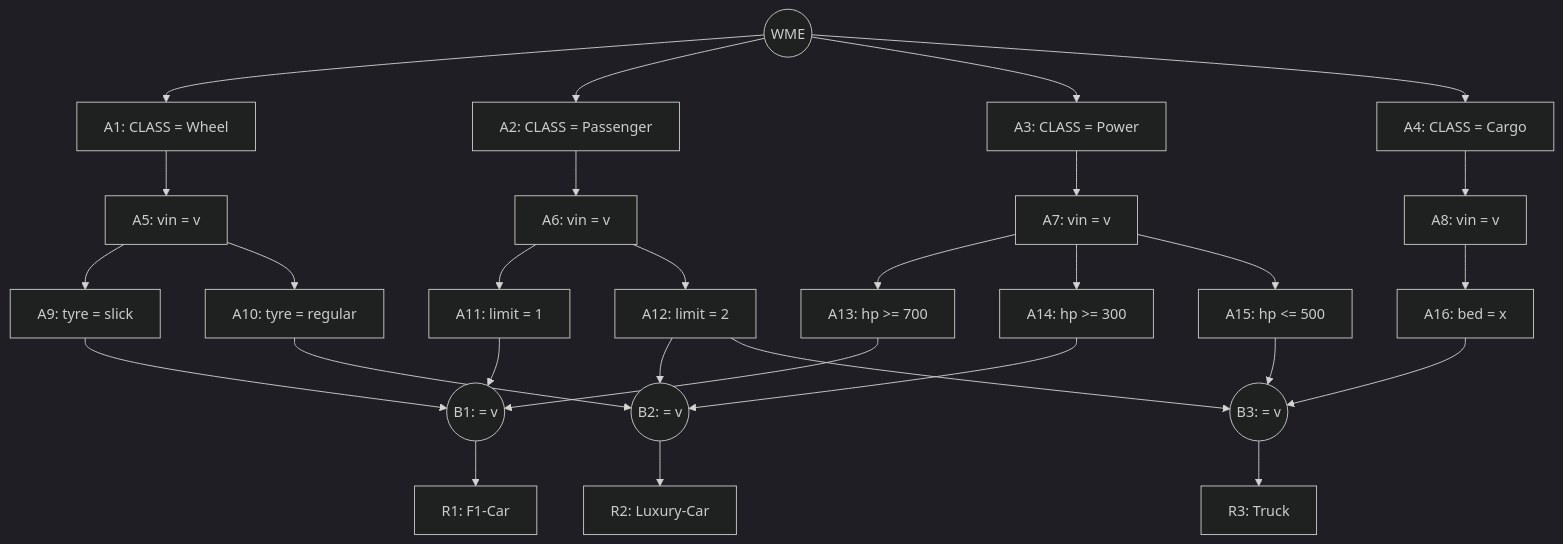
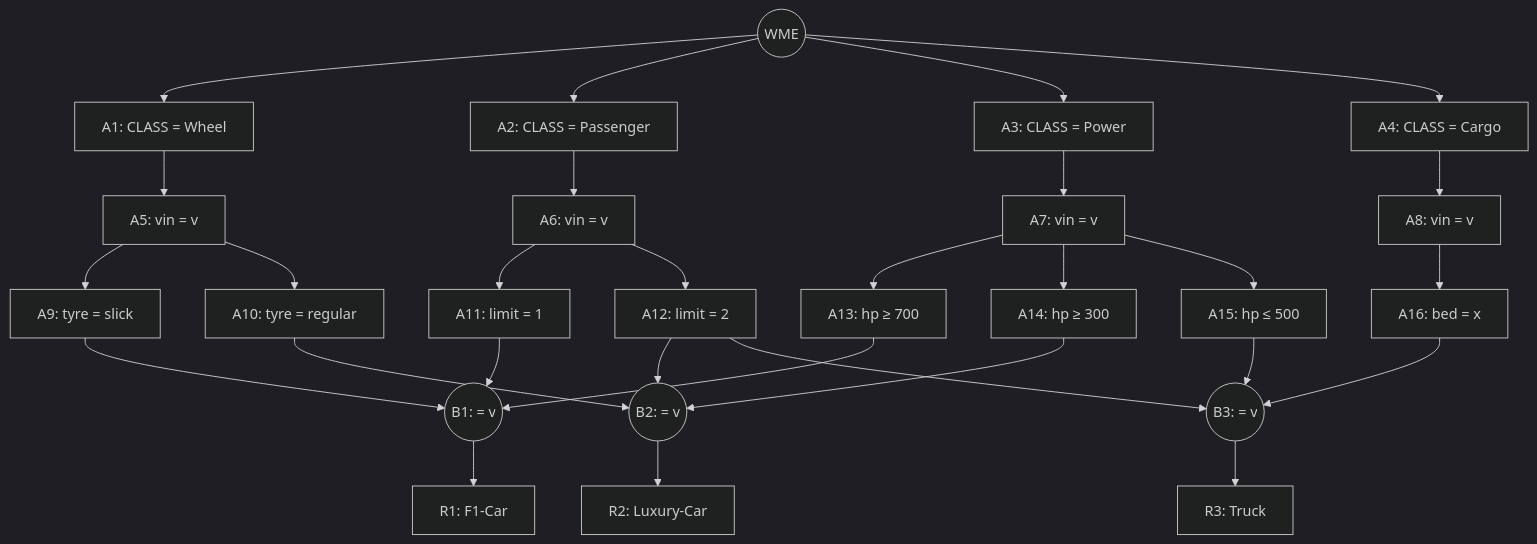
The diagram in src/content/papers/25t3-an/05-rete.mdx (vbordia/aifu), drawn with Mermaid (dark theme) before and after one commit. The commit also changed other lines of this file and 146 other files, not shown here.

````diff
--- a/src/content/papers/25t3-an/05-rete.mdx
+++ b/src/content/papers/25t3-an/05-rete.mdx
@@ -42,32 +42,32 @@
 ```mermaid
 %% wide
 graph TD
     WME(("WME")) --> A1["A1: CLASS = Wheel"]
     WME --> A2["A2: CLASS = Passenger"]
     WME --> A3["A3: CLASS = Power"]
     WME --> A4["A4: CLASS = Cargo"]
     A1 --> A5["A5: vin = v"]
     A2 --> A6["A6: vin = v"]
     A3 --> A7["A7: vin = v"]
     A4 --> A8["A8: vin = v"]
     A5 --> A9["A9: tyre = slick"]
     A5 --> A10["A10: tyre = regular"]
     A6 --> A11["A11: limit = 1"]
     A6 --> A12["A12: limit = 2"]
-    A7 --> A13["A13: hp >= 700"]
-    A7 --> A14["A14: hp >= 300"]
-    A7 --> A15["A15: hp <= 500"]
+    A7 --> A13["A13: hp ≥  700"]
+    A7 --> A14["A14: hp ≥  300"]
+    A7 --> A15["A15: hp ≤  500"]
     A8 --> A16["A16: bed = x"]
     A9 --> B1(("B1: = v"))
     A11 --> B1
     A13 --> B1
     B1 --> R1["R1: F1-Car"]
     A10 --> B2(("B2: = v"))
     A12 --> B2
     A14 --> B2
     B2 --> R2["R2: Luxury-Car"]
     A16 --> B3(("B3: = v"))
     A12 --> B3
     A15 --> B3
     B3 --> R3["R3: Truck"]
 ```
````
